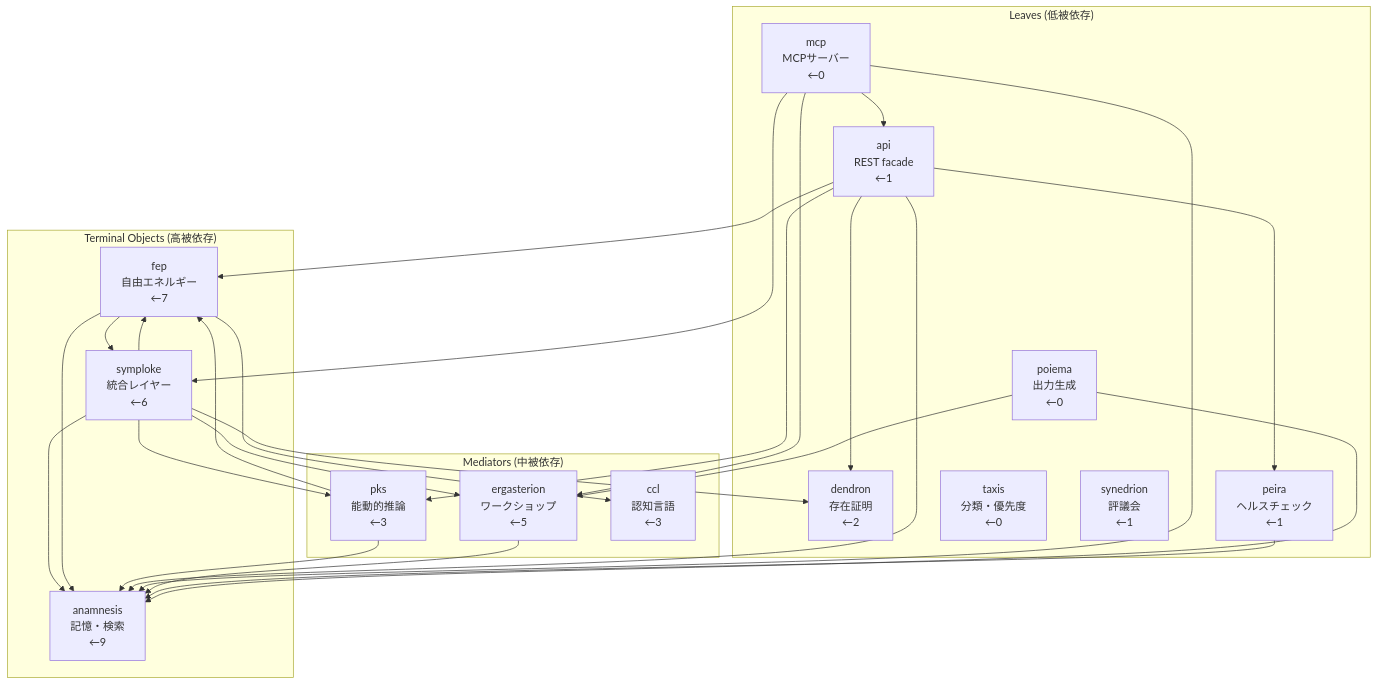
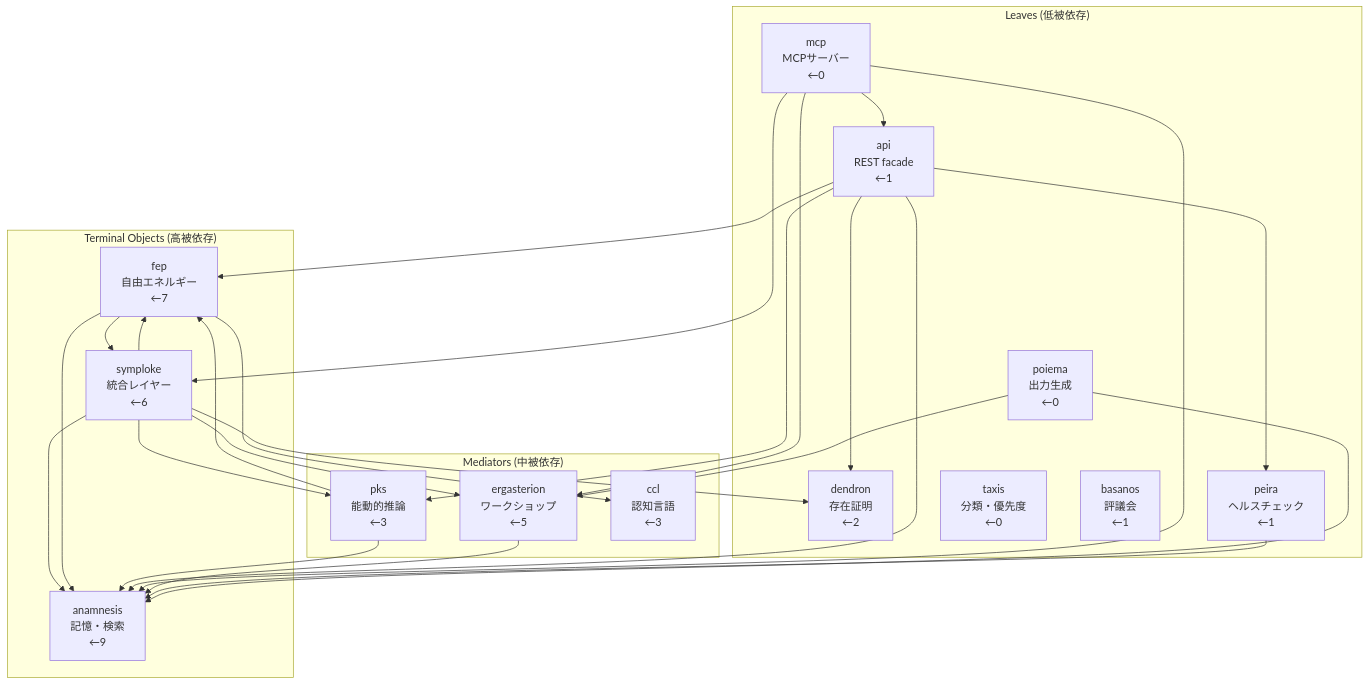
The diagram in mekhane/ARCHITECTURE.md (laihuip001/hegemonikon), drawn with Mermaid before and after one commit. The commit also changed other lines of this file and 139 other files, not shown here.

First line of the commit message:
refactor: Synedrion → Basanos (βάσανος, 試金石)

````diff
--- a/mekhane/ARCHITECTURE.md
+++ b/mekhane/ARCHITECTURE.md
@@ -28,48 +28,48 @@
 ```mermaid
 graph TD
     subgraph "Terminal Objects (高被依存)"
         ANA["anamnesis<br>記憶・検索<br>←9"]
         FEP["fep<br>自由エネルギー<br>←7"]
         SYM["symploke<br>統合レイヤー<br>←6"]
     end
 
     subgraph "Mediators (中被依存)"
         ERG["ergasterion<br>ワークショップ<br>←5"]
         PKS["pks<br>能動的推論<br>←3"]
         CCL["ccl<br>認知言語<br>←3"]
     end
 
     subgraph "Leaves (低被依存)"
         DEN["dendron<br>存在証明<br>←2"]
         API["api<br>REST facade<br>←1"]
         PEI["peira<br>ヘルスチェック<br>←1"]
         MCP["mcp<br>MCPサーバー<br>←0"]
         POI["poiema<br>出力生成<br>←0"]
         TAX["taxis<br>分類・優先度<br>←0"]
-        SYN["synedrion<br>評議会<br>←1"]
+        SYN["basanos<br>評議会<br>←1"]
     end
 
     SYM --> ANA
     SYM --> FEP
     SYM --> PKS
     SYM --> DEN
     SYM --> ERG
     FEP --> ANA
     FEP --> CCL
     FEP --> SYM
     PKS --> ANA
     PKS --> FEP
     API --> ANA
     API --> FEP
     API --> PKS
     API --> DEN
     API --> PEI
     MCP --> ANA
     MCP --> SYM
     MCP --> ERG
     MCP --> API
     ERG --> ANA
     PEI --> ANA
     POI --> ANA
     POI --> ERG
 ```
````
